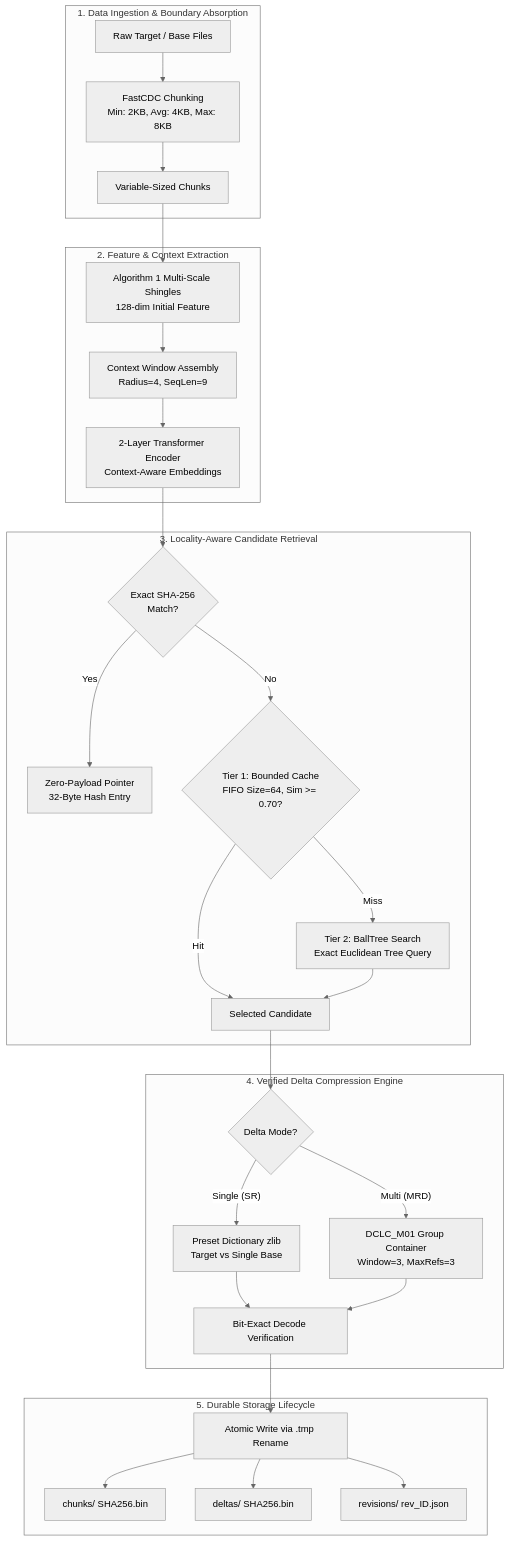
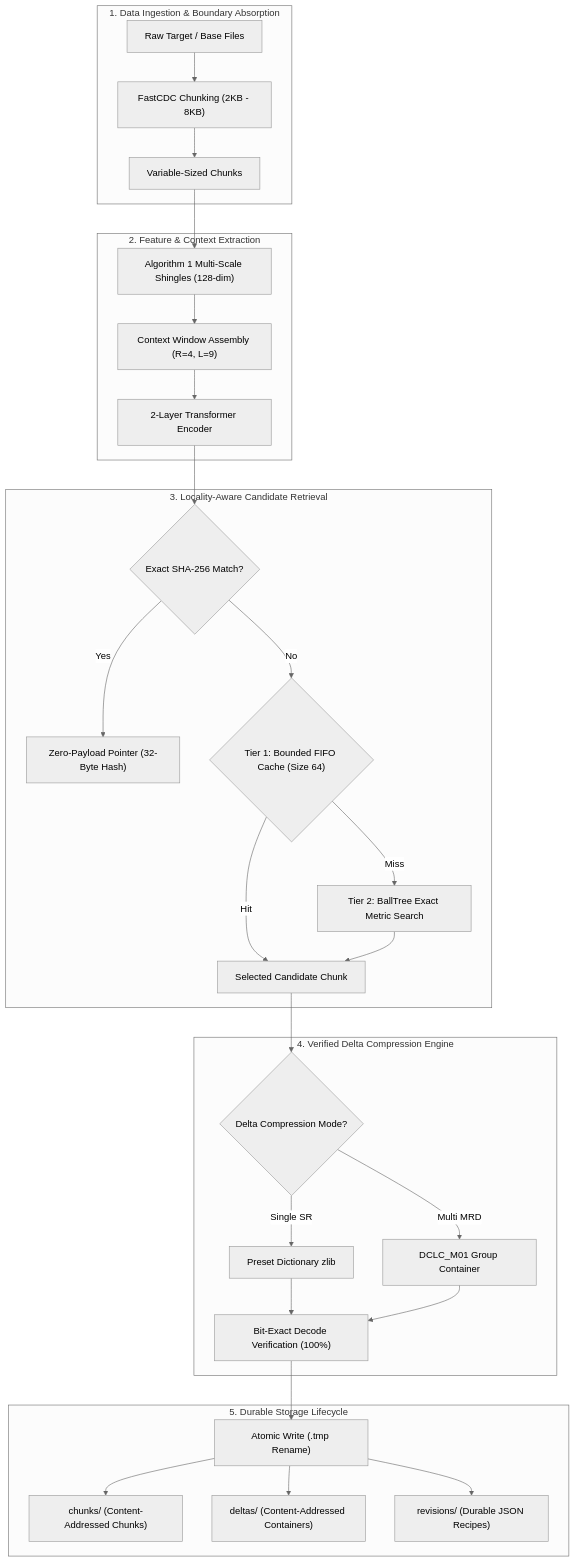
The diagram in README.md (jasinthashankar/DCLC), drawn with Mermaid (neutral theme) before and after one commit.

Commit message:
fix(readme): fix mermaid syntax for GitHub markdown rich display rendering

````diff
--- a/README.md
+++ b/README.md
@@ -33,37 +33,37 @@
 ```mermaid
 flowchart TD
     subgraph Ingestion["1. Data Ingestion & Boundary Absorption"]
-        Raw[Raw Target / Base Files] --> FastCDC[FastCDC Chunking<br/>Min: 2KB, Avg: 4KB, Max: 8KB]
-        FastCDC --> Chunks[Variable-Sized Chunks]
+        Raw["Raw Target / Base Files"] --> FastCDC["FastCDC Chunking (2KB - 8KB)"]
+        FastCDC --> Chunks["Variable-Sized Chunks"]
     end
 
     subgraph FeaturePipeline["2. Feature & Context Extraction"]
-        Chunks --> Alg1[Algorithm 1 Multi-Scale Shingles<br/>128-dim Initial Feature]
-        Alg1 --> ContextWin[Context Window Assembly<br/>Radius=4, SeqLen=9]
-        ContextWin --> TransEncoder[2-Layer Transformer Encoder<br/>Context-Aware Embeddings]
+        Chunks --> Alg1["Algorithm 1 Multi-Scale Shingles (128-dim)"]
+        Alg1 --> ContextWin["Context Window Assembly (R=4, L=9)"]
+        ContextWin --> TransEncoder["2-Layer Transformer Encoder"]
     end
 
     subgraph HierarchicalRetrieval["3. Locality-Aware Candidate Retrieval"]
-        TransEncoder --> ExactCheck{Exact SHA-256<br/>Match?}
-        ExactCheck -- Yes --> DedupPointer[Zero-Payload Pointer<br/>32-Byte Hash Entry]
-        ExactCheck -- No --> Tier1Cache{Tier 1: Bounded Cache<br/>FIFO Size=64, Sim >= 0.70?}
-        Tier1Cache -- Hit --> CandidateRef[Selected Candidate]
-        Tier1Cache -- Miss --> Tier2Tree[Tier 2: BallTree Search<br/>Exact Euclidean Tree Query]
+        TransEncoder --> ExactCheck{"Exact SHA-256 Match?"}
+        ExactCheck -->|Yes| DedupPointer["Zero-Payload Pointer (32-Byte Hash)"]
+        ExactCheck -->|No| Tier1Cache{"Tier 1: Bounded FIFO Cache (Size 64)"}
+        Tier1Cache -->|Hit| CandidateRef["Selected Candidate Chunk"]
+        Tier1Cache -->|Miss| Tier2Tree["Tier 2: BallTree Exact Metric Search"]
         Tier2Tree --> CandidateRef
     end
 
     subgraph DeltaEngine["4. Verified Delta Compression Engine"]
-        CandidateRef --> DeltaMode{Delta Mode?}
-        DeltaMode -- Single (SR) --> SR_Encode[Preset Dictionary zlib<br/>Target vs Single Base]
-        DeltaMode -- Multi (MRD) --> MRD_Encode[DCLC_M01 Group Container<br/>Window=3, MaxRefs=3]
-        SR_Encode --> VerifyBitExact[Bit-Exact Decode Verification]
+        CandidateRef --> DeltaMode{"Delta Compression Mode?"}
+        DeltaMode -->|Single SR| SR_Encode["Preset Dictionary zlib"]
+        DeltaMode -->|Multi MRD| MRD_Encode["DCLC_M01 Group Container"]
+        SR_Encode --> VerifyBitExact["Bit-Exact Decode Verification (100%)"]
         MRD_Encode --> VerifyBitExact
     end
 
     subgraph DurableStorage["5. Durable Storage Lifecycle"]
-        VerifyBitExact --> AtomicStore[Atomic Write via .tmp Rename]
-        AtomicStore --> ChunksDir[chunks/ SHA256.bin]
-        AtomicStore --> DeltasDir[deltas/ SHA256.bin]
-        AtomicStore --> RecipeDir[revisions/ rev_ID.json]
+        VerifyBitExact --> AtomicStore["Atomic Write (.tmp Rename)"]
+        AtomicStore --> ChunksDir["chunks/ (Content-Addressed Chunks)"]
+        AtomicStore --> DeltasDir["deltas/ (Content-Addressed Containers)"]
+        AtomicStore --> RecipeDir["revisions/ (Durable JSON Recipes)"]
     end
 ```
````
